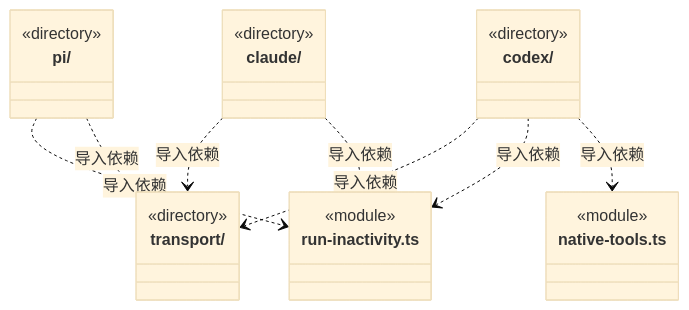
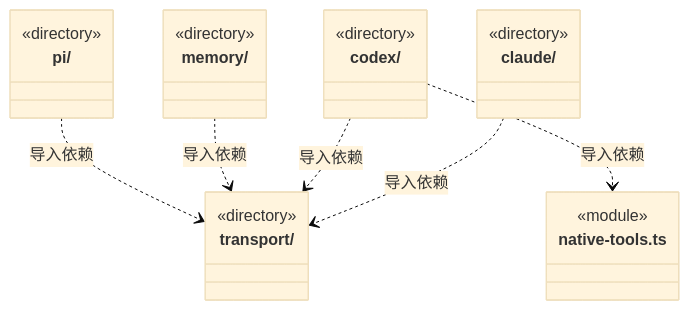
One commit to nan023062/cbim changed the first of 5 diagrams in src/logic/execution/engines/ARCHITECTURE.md. Above: the diagram before and after it, drawn with Mermaid (base theme). The commit also changed other lines of this file and 57 other files, not shown here.

Commit message:
feat(engines): deliver bounded memory loop with dual models

````diff
--- a/src/logic/execution/engines/ARCHITECTURE.md
+++ b/src/logic/execution/engines/ARCHITECTURE.md
@@ -19,28 +19,26 @@
 ```mermaid
 classDiagram
 class N_src_logic_execution_engines_claude["claude/"] {
   <<directory>>
 }
 class N_src_logic_execution_engines_codex["codex/"] {
+  <<directory>>
+}
+class N_src_logic_execution_engines_memory["memory/"] {
   <<directory>>
 }
 class N_src_logic_execution_engines_pi["pi/"] {
   <<directory>>
 }
 class N_src_logic_execution_engines_transport["transport/"] {
   <<directory>>
 }
 class N_src_logic_execution_engines_native_tools_ts["native-tools.ts"] {
   <<module>>
 }
-class N_src_logic_execution_engines_run_inactivity_ts["run-inactivity.ts"] {
-  <<module>>
-}
-N_src_logic_execution_engines_claude ..> N_src_logic_execution_engines_run_inactivity_ts : 导入依赖
 N_src_logic_execution_engines_claude ..> N_src_logic_execution_engines_transport : 导入依赖
 N_src_logic_execution_engines_codex ..> N_src_logic_execution_engines_native_tools_ts : 导入依赖
-N_src_logic_execution_engines_codex ..> N_src_logic_execution_engines_run_inactivity_ts : 导入依赖
 N_src_logic_execution_engines_codex ..> N_src_logic_execution_engines_transport : 导入依赖
+N_src_logic_execution_engines_memory ..> N_src_logic_execution_engines_transport : 导入依赖
 N_src_logic_execution_engines_pi ..> N_src_logic_execution_engines_transport : 导入依赖
-N_src_logic_execution_engines_pi ..> N_src_logic_execution_engines_run_inactivity_ts : 导入依赖
 ```
````
